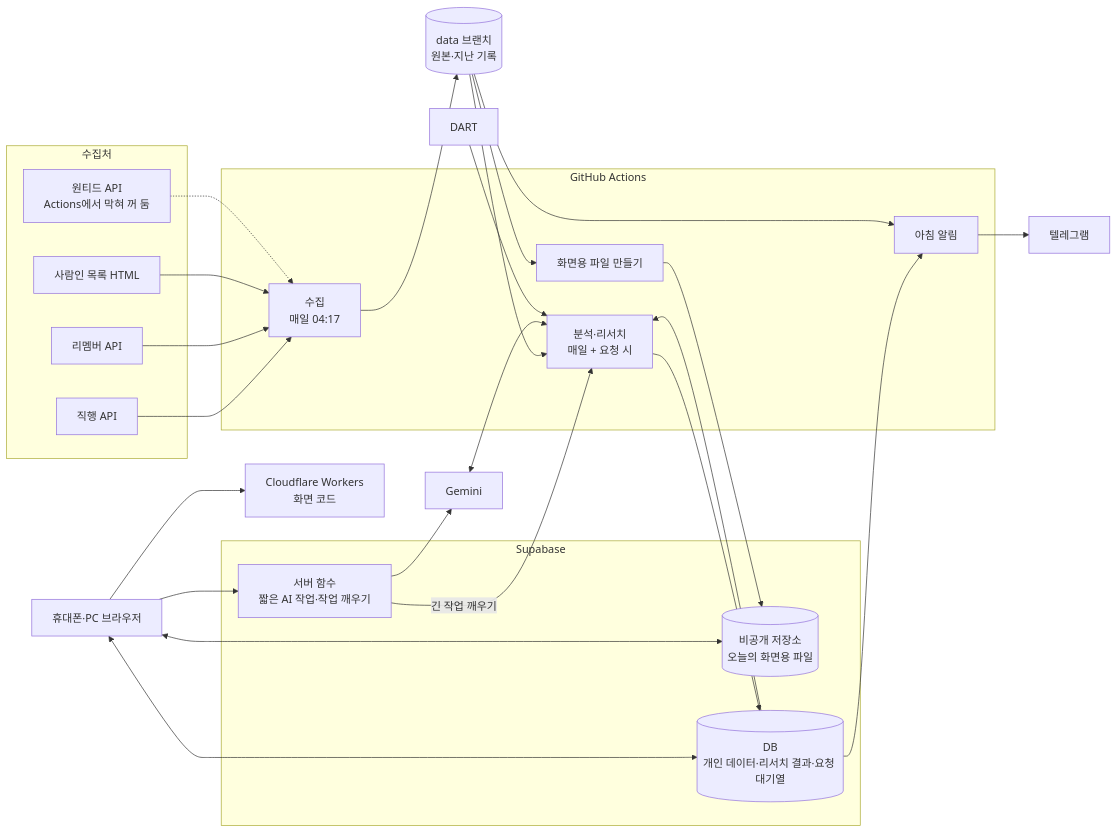
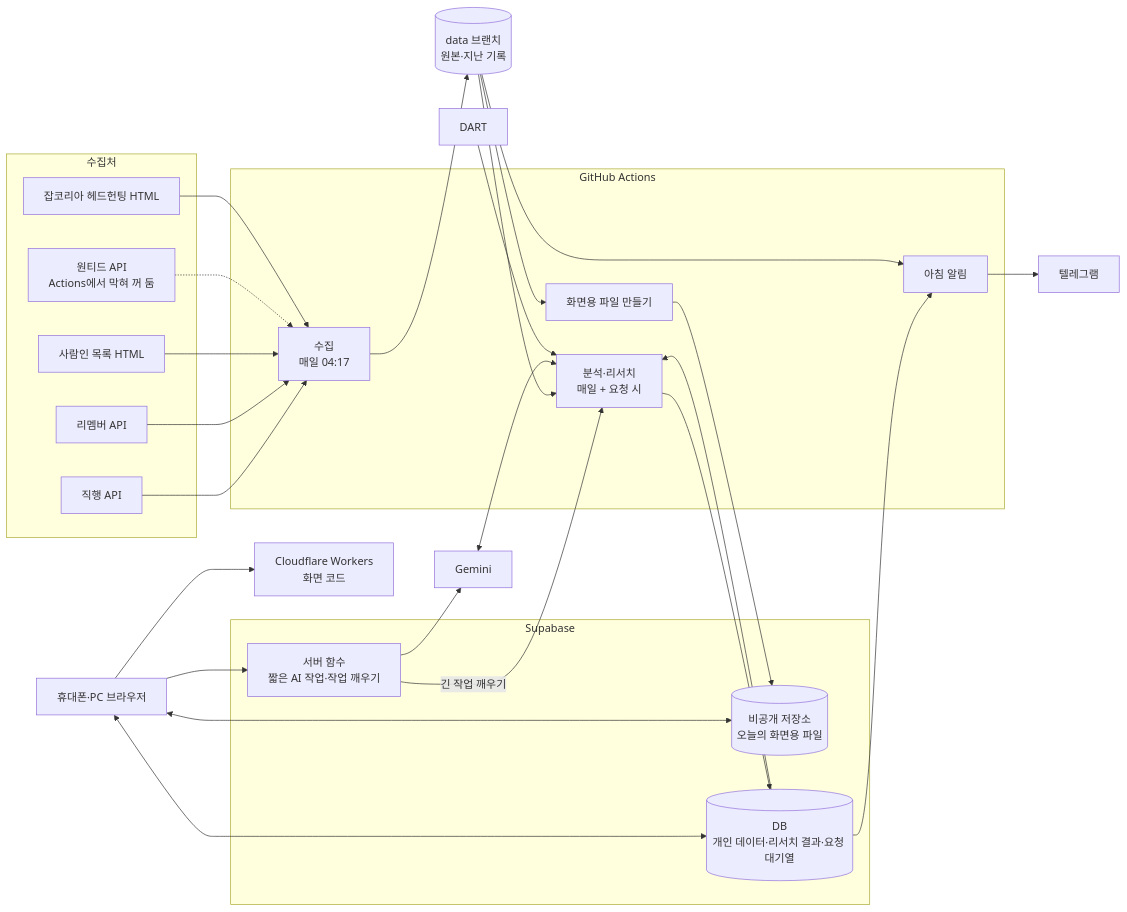
One commit to GIT-SUNGWONCHO/job_posting changed the diagram in docs/architecture.md. Above: the diagram before and after it, drawn with Mermaid. The commit also changed 28 other files, not shown here.

````diff
--- a/docs/architecture.md
+++ b/docs/architecture.md
@@ -9,47 +9,49 @@
 ```mermaid
 flowchart LR
   subgraph 수집처
     Z[직행 API]
     R[리멤버 API]
     S[사람인 목록 HTML]
     W[원티드 API<br/>Actions에서 막혀 꺼 둠]
+    J[잡코리아 헤드헌팅 HTML]
   end
   subgraph GitHub Actions
     C[수집<br/>매일 04:17]
     A[분석·리서치<br/>매일 + 요청 시]
     B[화면용 파일 만들기]
     K[아침 알림]
   end
   D[(data 브랜치<br/>원본·지난 기록)]
   subgraph Supabase
     ST[(비공개 저장소<br/>오늘의 화면용 파일)]
     DB[(DB<br/>개인 데이터·리서치 결과·요청 대기열)]
     F[서버 함수<br/>짧은 AI 작업·작업 깨우기]
   end
   G[Gemini]
   DART[DART]
   P[Cloudflare Workers<br/>화면 코드]
   U[휴대폰·PC 브라우저]
   KT[텔레그램]
 
   Z --> C
   R --> C
   S --> C
   W -.-> C
+  J --> C
   C --> D
   D --> A
   DB --> A
   G <--> A
   DART --> A
   A --> DB
   D --> B --> ST
   U --> P
   U <--> ST
   U <--> DB
   U --> F
   F --> G
   F -- 긴 작업 깨우기 --> A
   DB --> K
   D --> K
   K --> KT
 ```
````
